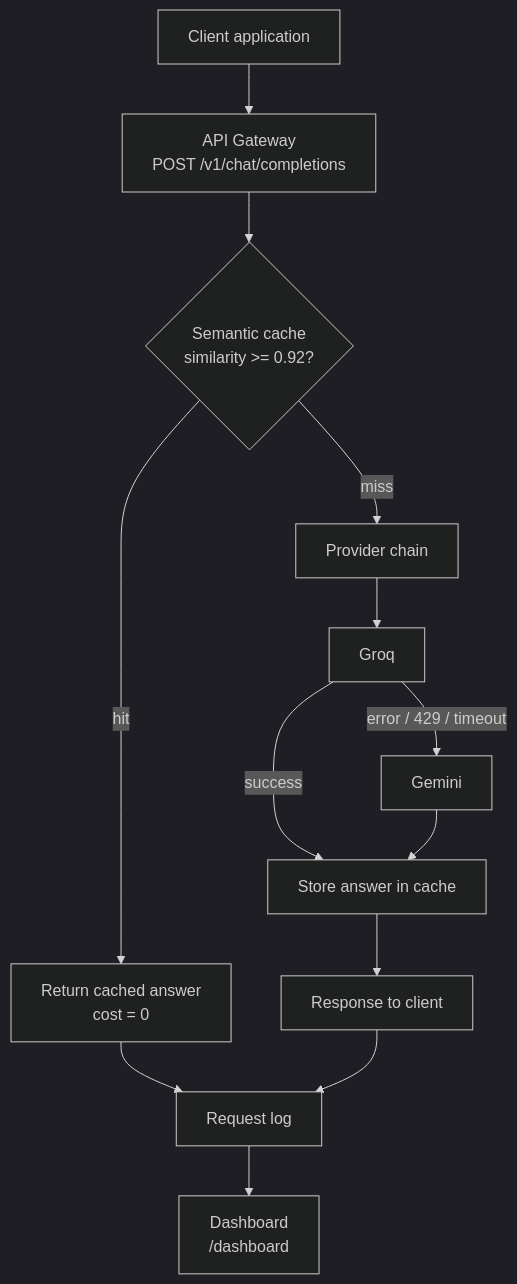
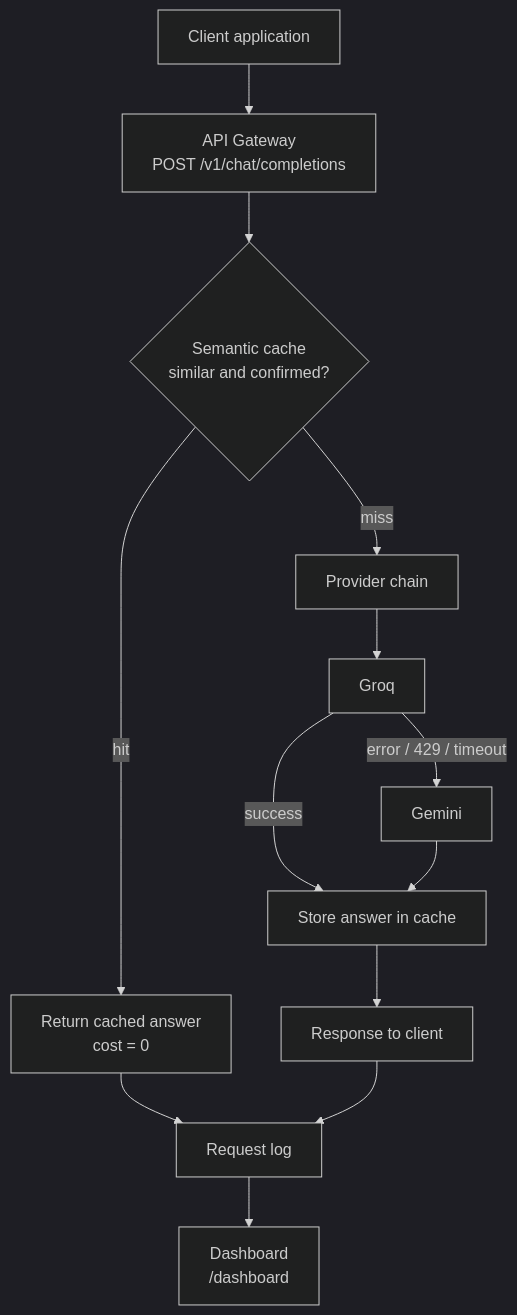
Before and after one commit to Asijain019/CortexGate: the diagram in README.md, drawn with Mermaid (dark theme). The commit also changed other lines of this file and 1 other file, not shown here.

````diff
--- a/README.md
+++ b/README.md
@@ -40,15 +43,15 @@
 ```mermaid
 flowchart TD
     A[Client application] --> B[API Gateway<br/>POST /v1/chat/completions]
-    B --> C{Semantic cache<br/>similarity >= 0.92?}
+    B --> C{Semantic cache<br/>similar and confirmed?}
     C -- hit --> H[Return cached answer<br/>cost = 0]
     C -- miss --> D[Provider chain]
     D --> E[Groq]
     E -- error / 429 / timeout --> F[Gemini]
     E -- success --> G[Store answer in cache]
     F --> G
     G --> I[Response to client]
     H --> J[Request log]
     I --> J
     J --> K[Dashboard<br/>/dashboard]
 ```
````
